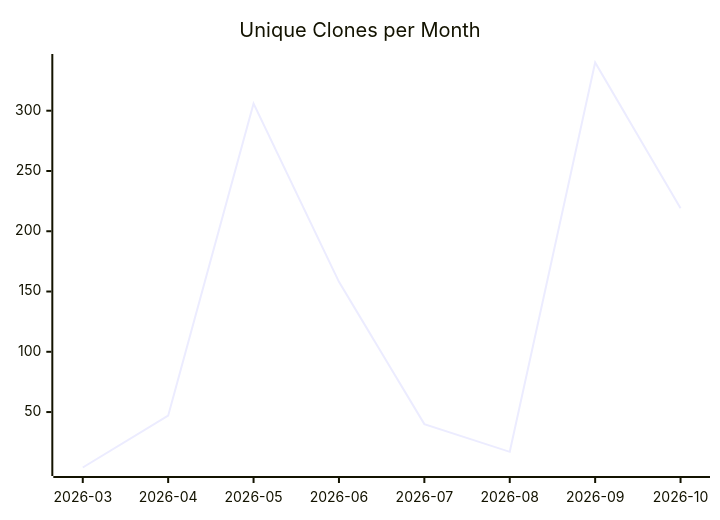
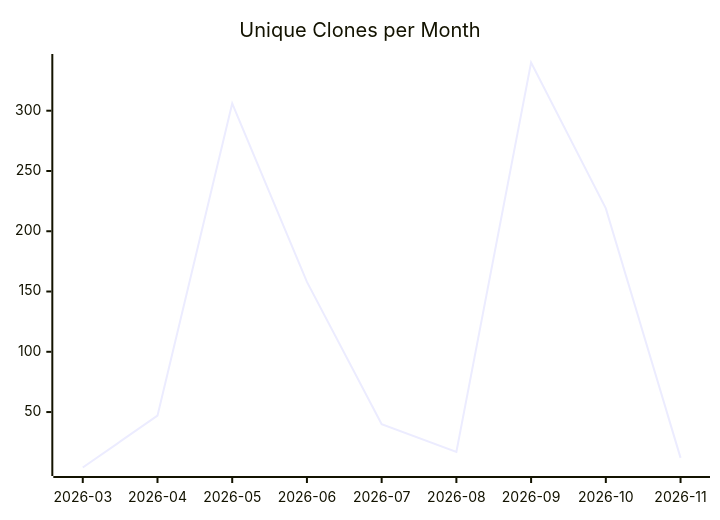
Before and after one commit to justdavis-family/github-analytics-data: the third of 3 diagrams in karlmdavis/dotfiles/README.md, drawn with Mermaid. The commit also changed other lines of this file and 201 other files, not shown here.

````diff
--- a/karlmdavis/dotfiles/README.md
+++ b/karlmdavis/dotfiles/README.md
@@ -19,6 +19,6 @@
 ```mermaid
 xychart-beta
   title "Unique Clones per Month"
-  x-axis ["2026-03", "2026-04", "2026-05", "2026-06", "2026-07", "2026-08", "2026-09", "2026-10"]
-  line [4, 47, 306, 158, 40, 17, 340, 219]
+  x-axis ["2026-03", "2026-04", "2026-05", "2026-06", "2026-07", "2026-08", "2026-09", "2026-10", "2026-11"]
+  line [4, 47, 306, 158, 40, 17, 340, 219, 12]
 ```
````
